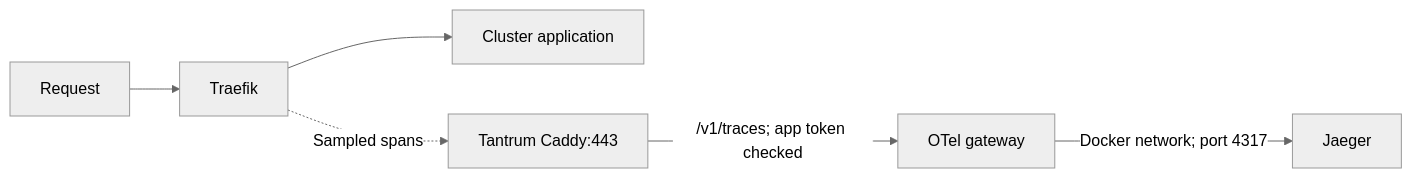
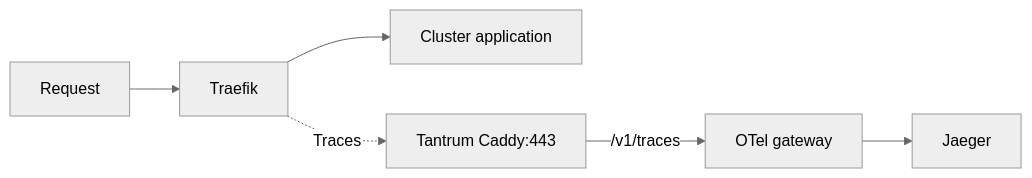
One commit to Quangsumi/k3s-homelab changed the diagram in infrastructure/traefik/README.md. Above: the diagram before and after it, drawn with Mermaid (neutral theme). The commit also changed other lines of this file and 1 other file, not shown here.

````diff
--- a/infrastructure/traefik/README.md
+++ b/infrastructure/traefik/README.md
@@ -12,7 +12,7 @@
 ```mermaid
 flowchart LR
   R[Request] --> T[Traefik] --> A[Cluster application]
-  T -. Sampled spans .-> C["Tantrum Caddy:443"]
-  C -->|"/v1/traces; app token checked"| G[OTel gateway]
-  G -->|"Docker network; port 4317"| J[Jaeger]
+  T -. Traces .-> C["Tantrum Caddy:443"]
+  C -->|"/v1/traces"| G[OTel gateway]
+  G --> J[Jaeger]
 ```
````
